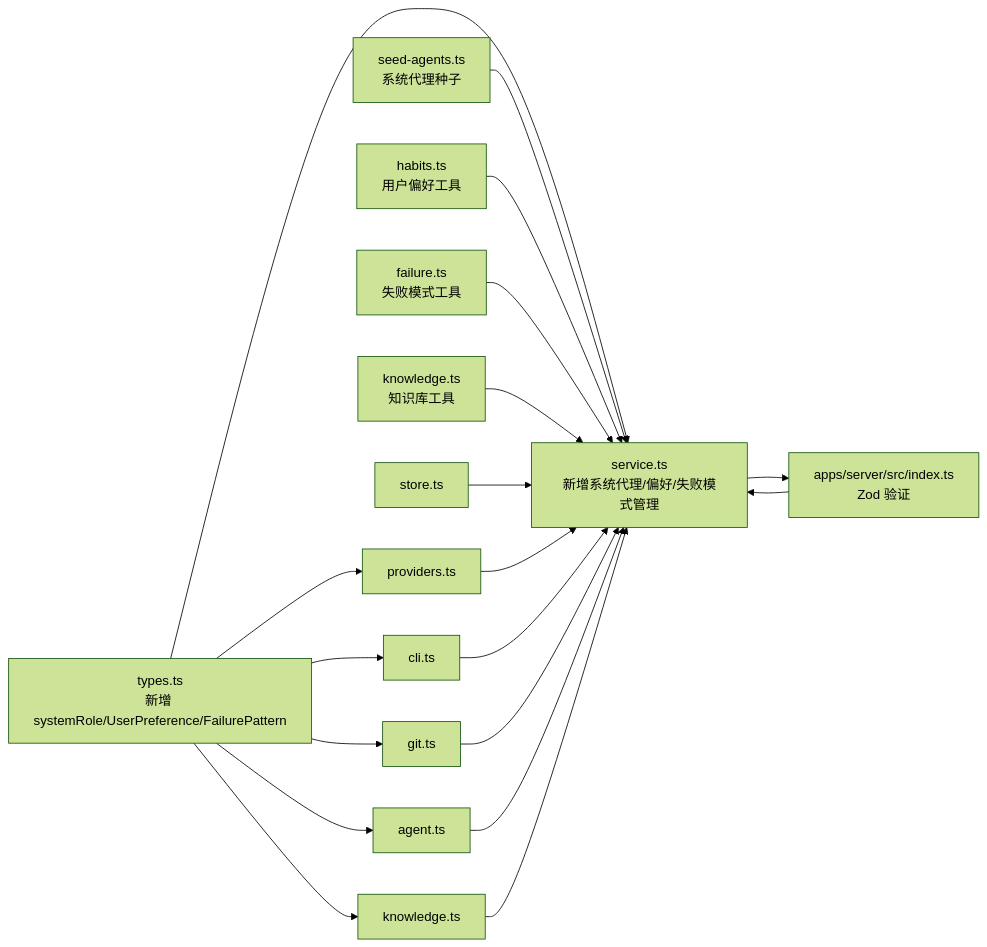
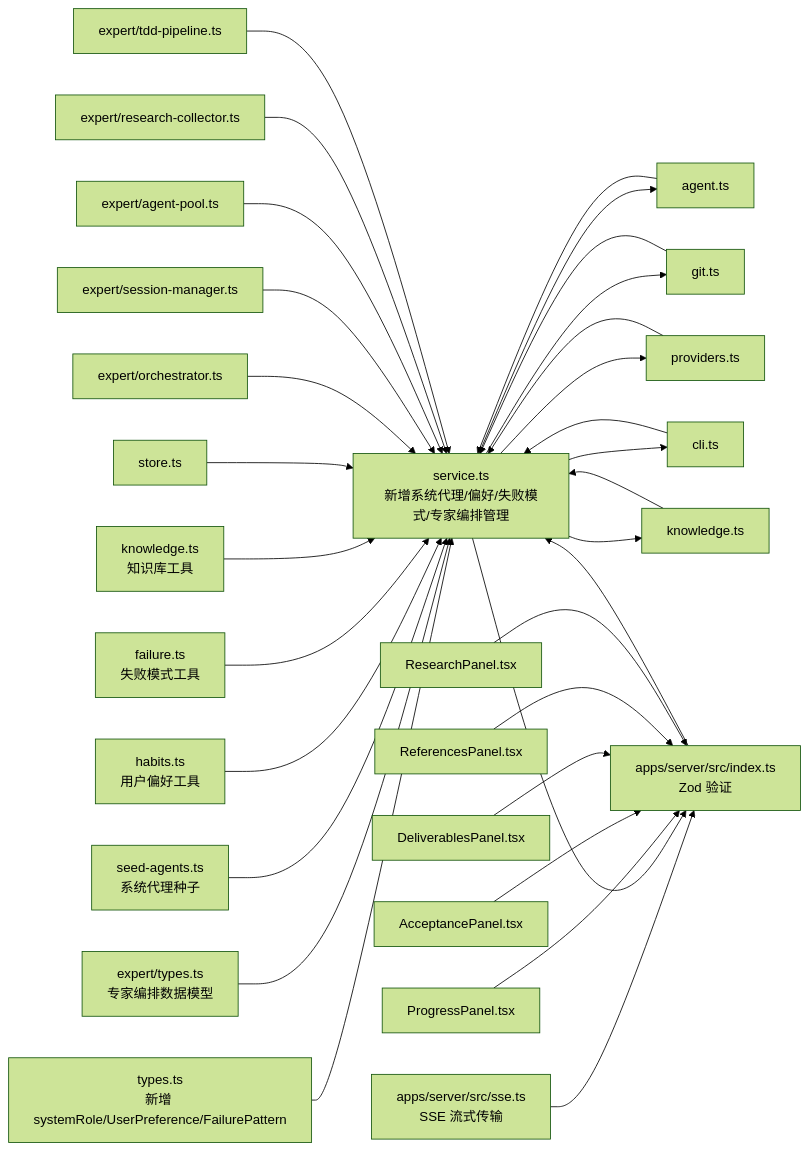
One commit to coconilu/RepoHelm changed the seventh of 7 diagrams in .qoder/repowiki/zh/content/数据模型和类型系统/数据模型和类型系统.md. Above: the diagram before and after it, drawn with Mermaid (forest theme). The commit also changed other lines of this file and 14 other files, not shown here.

First line of the commit message:
Add expert orchestration UI and SSE support

````diff
--- a/.qoder/repowiki/zh/content/数据模型和类型系统/数据模型和类型系统.md
+++ b/.qoder/repowiki/zh/content/数据模型和类型系统/数据模型和类型系统.md
@@ -876,21 +1340,33 @@
 ```mermaid
 graph LR
-Types["types.ts<br/>新增 systemRole/UserPreference/FailurePattern"] --> Service["service.ts<br/>新增系统代理/偏好/失败模式管理"]
-Types --> Agent["agent.ts"]
-Types --> Git["git.ts"]
-Types --> Providers["providers.ts"]
-Types --> CLI["cli.ts"]
-Types --> Knowledge["knowledge.ts"]
+Types["types.ts<br/>新增 systemRole/UserPreference/FailurePattern"] --> Service["service.ts<br/>新增系统代理/偏好/失败模式/专家编排管理"]
+ExpertTypes["expert/types.ts<br/>专家编排数据模型"] --> Service
+Service --> Agent["agent.ts"]
+Service --> Git["git.ts"]
+Service --> Providers["providers.ts"]
+Service --> CLI["cli.ts"]
+Service --> Knowledge["knowledge.ts"]
 SeedAgents["seed-agents.ts<br/>系统代理种子"] --> Service
 Habits["habits.ts<br/>用户偏好工具"] --> Service
 Failure["failure.ts<br/>失败模式工具"] --> Service
 KnowledgeTools["knowledge.ts<br/>知识库工具"] --> Service
 Store["store.ts"] --> Service
 Providers --> Service
 CLI --> Service
 Git --> Service
 Agent --> Service
 Knowledge --> Service
 API["apps/server/src/index.ts<br/>Zod 验证"] --> Service
+SSE["apps/server/src/sse.ts<br/>SSE 流式传输"] --> API
 Service --> API
+ExpertOrchestrator["expert/orchestrator.ts"] --> Service
+ExpertSessionManager["expert/session-manager.ts"] --> Service
+ExpertAgentPool["expert/agent-pool.ts"] --> Service
+ExpertResearch["expert/research-collector.ts"] --> Service
+ExpertTDD["expert/tdd-pipeline.ts"] --> Service
+UI1["ProgressPanel.tsx"] --> API
+UI2["AcceptancePanel.tsx"] --> API
+UI3["DeliverablesPanel.tsx"] --> API
+UI4["ReferencesPanel.tsx"] --> API
+UI5["ResearchPanel.tsx"] --> API
 ```
````
